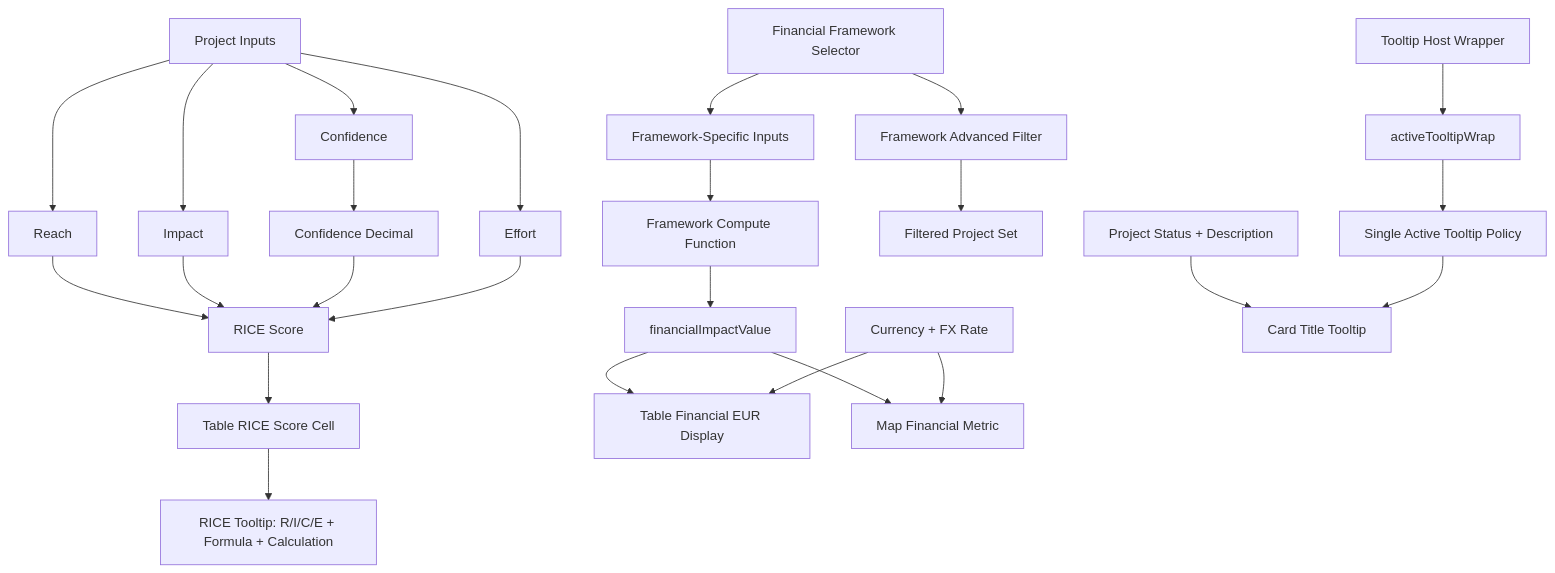
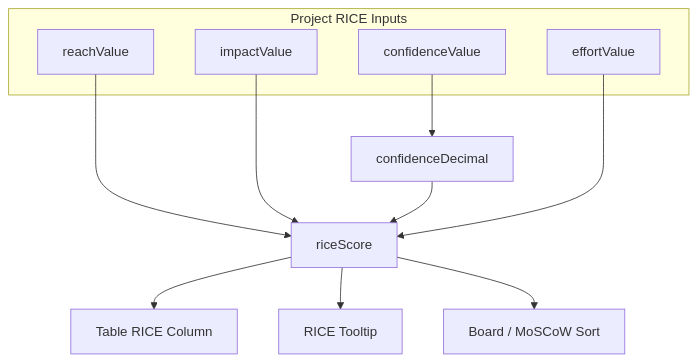
One commit to RifqiMT/pm-prioritization-tool changed the first of 6 diagrams in docs/VARIABLES.md. Above: the diagram before and after it, drawn with Mermaid. The commit also changed other lines of this file and 28 other files, not shown here.

````diff
--- a/docs/VARIABLES.md
+++ b/docs/VARIABLES.md
@@ -62,30 +173,18 @@
 ```mermaid
 flowchart TD
-  A[Project Inputs] --> B[Reach]
-  A --> C[Impact]
-  A --> D[Confidence]
-  A --> E[Effort]
-  D --> D1[Confidence Decimal]
-  B --> F[RICE Score]
-  C --> F
-  D1 --> F
-  E --> F
-  F --> G[Table RICE Score Cell]
-  G --> H[RICE Tooltip: R/I/C/E + Formula + Calculation]
-
-  I[Financial Framework Selector] --> J[Framework-Specific Inputs]
-  J --> K[Framework Compute Function]
-  K --> L[financialImpactValue]
-  I --> IF[Framework Advanced Filter]
-  IF --> IFL[Filtered Project Set]
-  L --> M[Table Financial EUR Display]
-  L --> N[Map Financial Metric]
-
-  O[Currency + FX Rate] --> M
-  O --> N
-
-  P[Project Status + Description] --> Q[Card Title Tooltip]
-  R[Tooltip Host Wrapper] --> S[activeTooltipWrap]
-  S --> T[Single Active Tooltip Policy]
-  T --> Q
+  subgraph inputs [Project RICE Inputs]
+    R[reachValue]
+    I[impactValue]
+    C[confidenceValue]
+    E[effortValue]
+  end
+  Cdec[confidenceDecimal]
+  C --> Cdec
+  R --> SCORE[riceScore]
+  I --> SCORE
+  Cdec --> SCORE
+  E --> SCORE
+  SCORE --> TBL[Table RICE Column]
+  SCORE --> TIP[RICE Tooltip]
+  SCORE --> BRD[Board / MoSCoW Sort]
 ```
````
